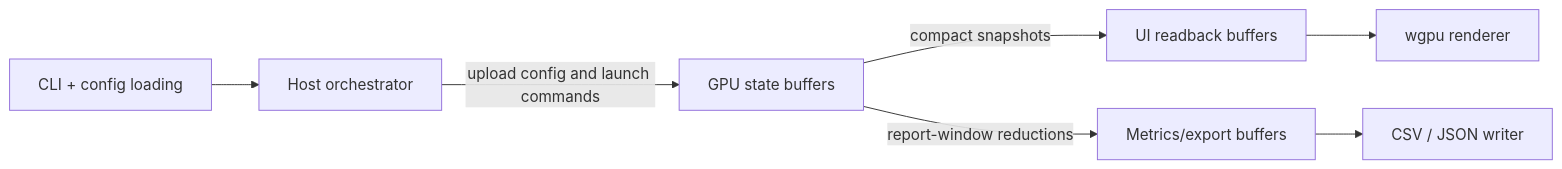
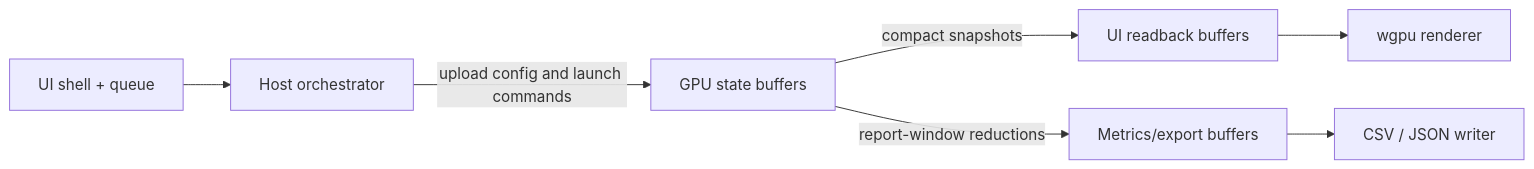
One commit to moon-aii/moonai changed the third of 4 diagrams in docs/internals/architecture.md. Above: the diagram before and after it, drawn with Mermaid. The commit also changed other lines of this file and 22 other files, not shown here.

````diff
--- a/docs/internals/architecture.md
+++ b/docs/internals/architecture.md
@@ -163,17 +164,17 @@
 ```mermaid
 flowchart LR
-    CLI[CLI + config loading]
+    SHELL[UI shell + queue]
     HOST[Host orchestrator]
     GPUSTATE[GPU state buffers]
     UIBUF[UI readback buffers]
     METBUF[Metrics/export buffers]
     RENDER[wgpu renderer]
     FILES[CSV / JSON writer]
 
-    CLI --> HOST
+    SHELL --> HOST
     HOST -->|upload config and launch commands| GPUSTATE
     GPUSTATE -->|compact snapshots| UIBUF
     GPUSTATE -->|report-window reductions| METBUF
     UIBUF --> RENDER
     METBUF --> FILES
 ```
````
